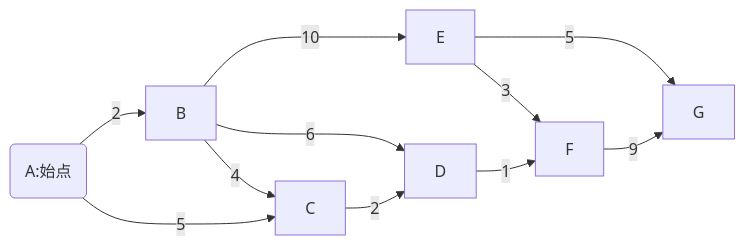
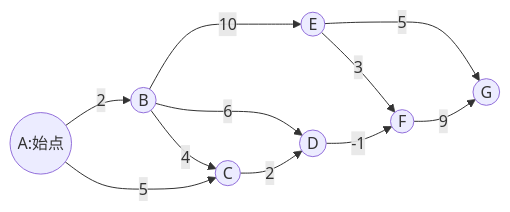
The first of 2 diagrams in computer_science/algorithm/shortest_path.md (kamino410/kamino-memo), drawn with Mermaid before and after one commit. The commit also changed other lines of this file, not shown here.

````diff
--- a/computer_science/algorithm/shortest_path.md
+++ b/computer_science/algorithm/shortest_path.md
@@ -42,13 +42,13 @@
 ```mermaid
 graph LR;
-  A(A:始点)-->|2|B;
-  B-->|4|C;
+  A((A:始点))-->|2|B((B));
+  B-->|4|C((C));
   A-->|5|C;
-  B-->|10|E;
-  B-->|6|D;
+  B-->|10|E((E));
+  B-->|6|D((D));
   C-->|2|D;
-  E-->|3|F;
-  D-->|1|F;
-  E-->|5|G;
+  E-->|3|F((F));
+  D-->|-1|F;
+  E-->|5|G((G));
   F-->|9|G;
 ```
````
